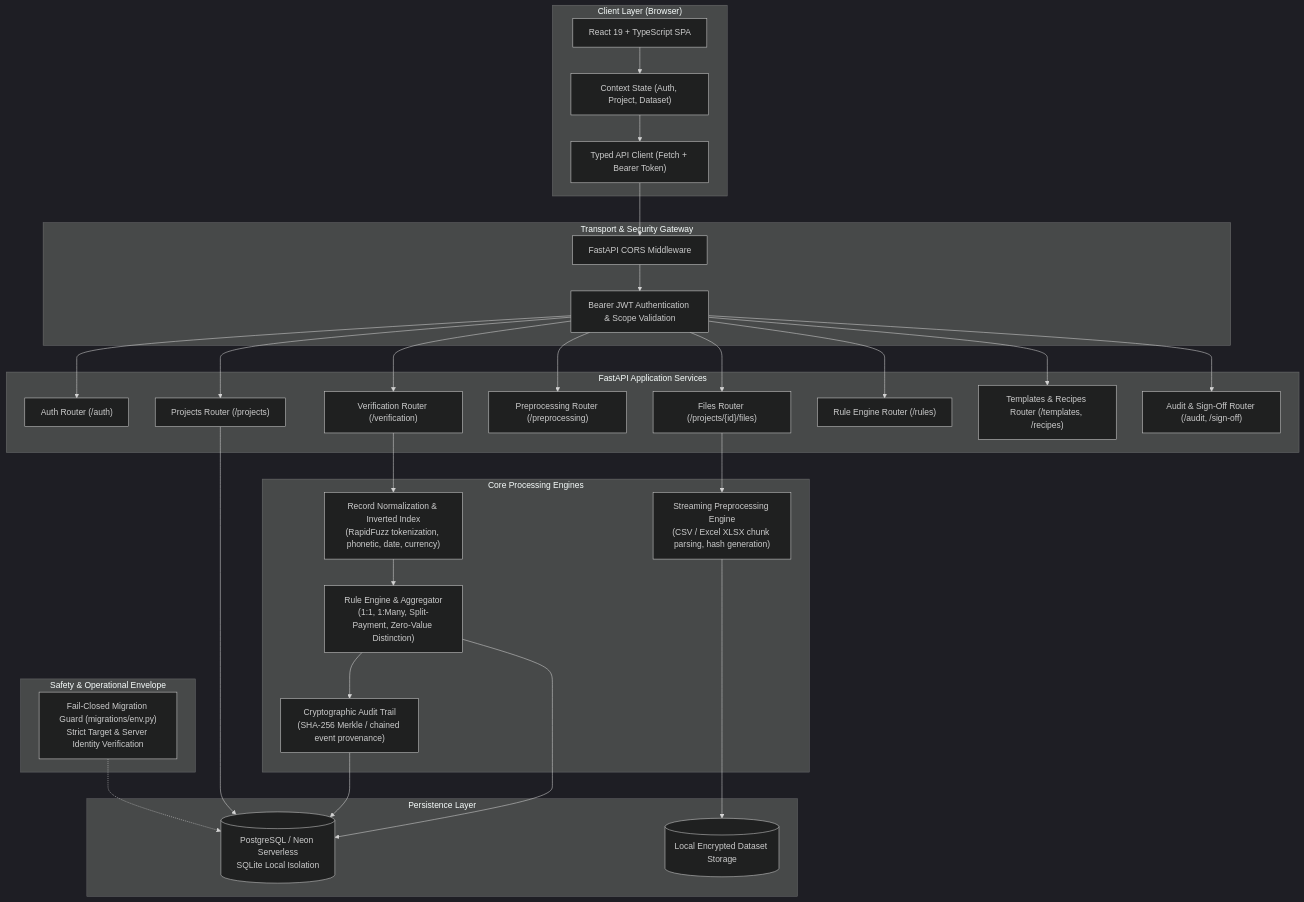
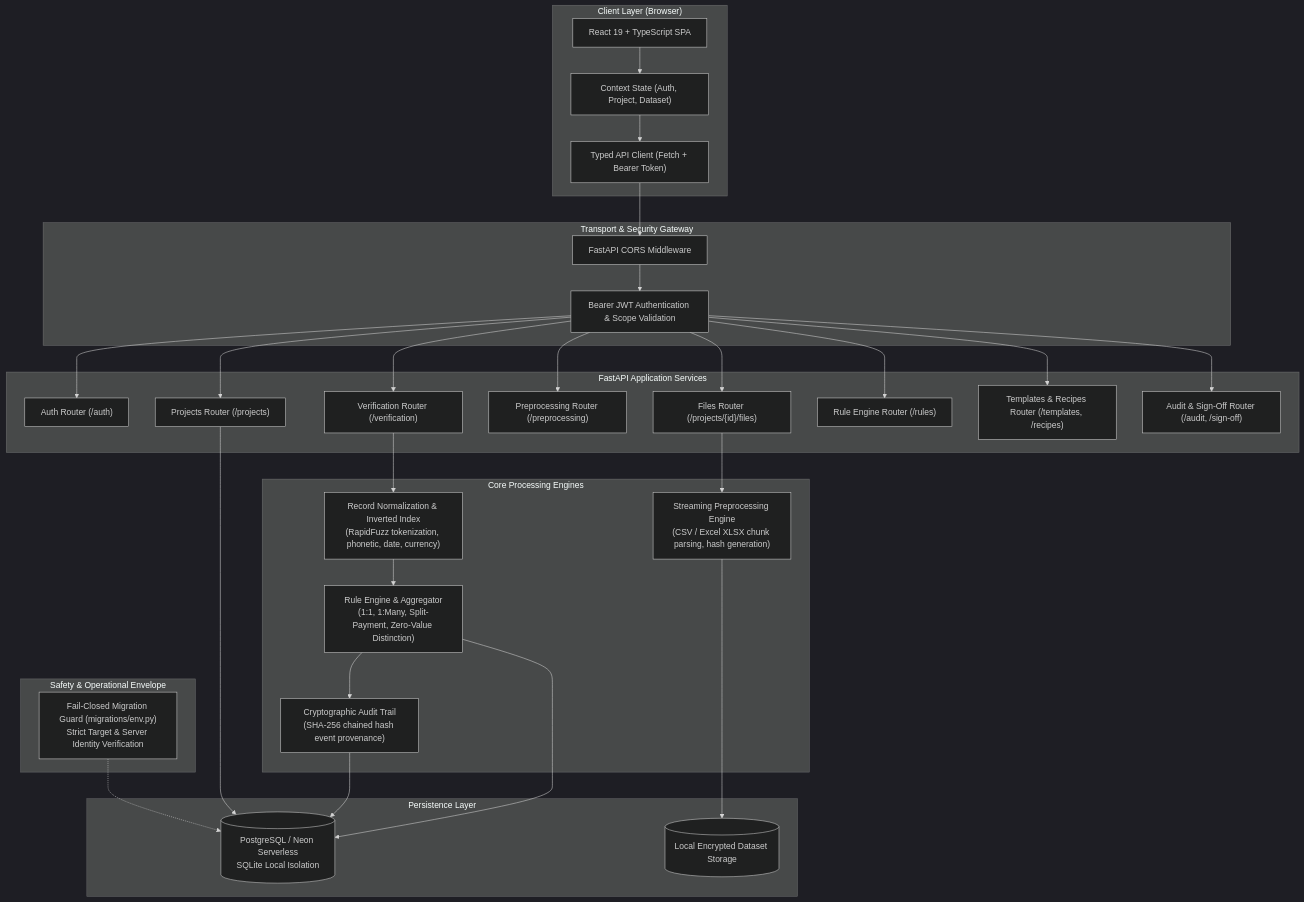
Before and after one commit to ThunderSkull7/verifygrid: the first of 3 diagrams in docs/ARCHITECTURE.md, drawn with Mermaid (dark theme). The commit also changed other lines of this file and 12 other files, not shown here.

````diff
--- a/docs/ARCHITECTURE.md
+++ b/docs/ARCHITECTURE.md
@@ -11,61 +11,61 @@
 ```mermaid
 flowchart TB
     subgraph Client ["Client Layer (Browser)"]
         UI["React 19 + TypeScript SPA"]
         State["Context State (Auth, Project, Dataset)"]
         APIClient["Typed API Client (Fetch + Bearer Token)"]
         UI --> State
         State --> APIClient
     end
 
     subgraph Gateway ["Transport & Security Gateway"]
         CORS["FastAPI CORS Middleware"]
         AuthMid["Bearer JWT Authentication & Scope Validation"]
         APIClient --> CORS --> AuthMid
     end
 
     subgraph Backend ["FastAPI Application Services"]
         RouterAuth["Auth Router (/auth)"]
         RouterProjects["Projects Router (/projects)"]
         RouterFiles["Files Router (/projects/{id}/files)"]
         RouterPre["Preprocessing Router (/preprocessing)"]
         RouterVerify["Verification Router (/verification)"]
         RouterRules["Rule Engine Router (/rules)"]
         RouterTemplates["Templates & Recipes Router (/templates, /recipes)"]
         RouterAudit["Audit & Sign-Off Router (/audit, /sign-off)"]
 
         AuthMid --> RouterAuth
         AuthMid --> RouterProjects
         AuthMid --> RouterFiles
         AuthMid --> RouterPre
         AuthMid --> RouterVerify
         AuthMid --> RouterRules
         AuthMid --> RouterTemplates
         AuthMid --> RouterAudit
     end
 
     subgraph Engine ["Core Processing Engines"]
         PreEngine["Streaming Preprocessing Engine\n(CSV / Excel XLSX chunk parsing, hash generation)"]
         NormEngine["Record Normalization & Inverted Index\n(RapidFuzz tokenization, phonetic, date, currency)"]
         AggEngine["Rule Engine & Aggregator\n(1:1, 1:Many, Split-Payment, Zero-Value Distinction)"]
-        AuditEngine["Cryptographic Audit Trail\n(SHA-256 Merkle / chained event provenance)"]
+        AuditEngine["Cryptographic Audit Trail\n(SHA-256 chained hash event provenance)"]
 
         RouterFiles --> PreEngine
         RouterVerify --> NormEngine --> AggEngine --> AuditEngine
     end
 
     subgraph Data ["Persistence Layer"]
         DB[(PostgreSQL / Neon Serverless\nSQLite Local Isolation)]
         Storage[(Local Encrypted Dataset Storage)]
 
         AggEngine --> DB
         AuditEngine --> DB
         RouterProjects --> DB
         PreEngine --> Storage
     end
 
     subgraph Guard ["Safety & Operational Envelope"]
         TargetGuard["Fail-Closed Migration Guard (migrations/env.py)\nStrict Target & Server Identity Verification"]
         TargetGuard -.-> DB
     end
 ```
````
